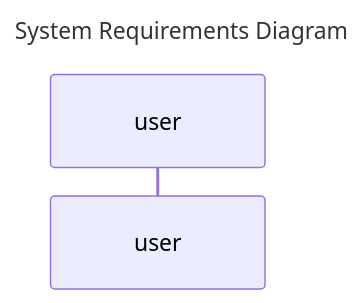
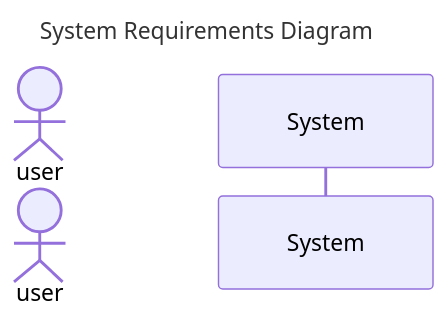
One commit to carolyncole/mermaid-wintersession changed the diagram in lesson1-actors/flow-diagram.md. Above: the diagram before and after it, drawn with Mermaid. The commit also changed other lines of this file, not shown here.

Commit message:
CAC- Update flow-diagram.md

````diff
--- a/lesson1-actors/flow-diagram.md
+++ b/lesson1-actors/flow-diagram.md
@@ -9,9 +15,10 @@
 ```mermaid
 sequenceDiagram
 title  System Requirements Diagram
 accTitle: System Requirements Sequence Diagram
 accDescr: A sequence diagram that shows what interactions we are expecting the system to have
 
-participant user
+actor user
+participant sys as System
 
 ```
````
